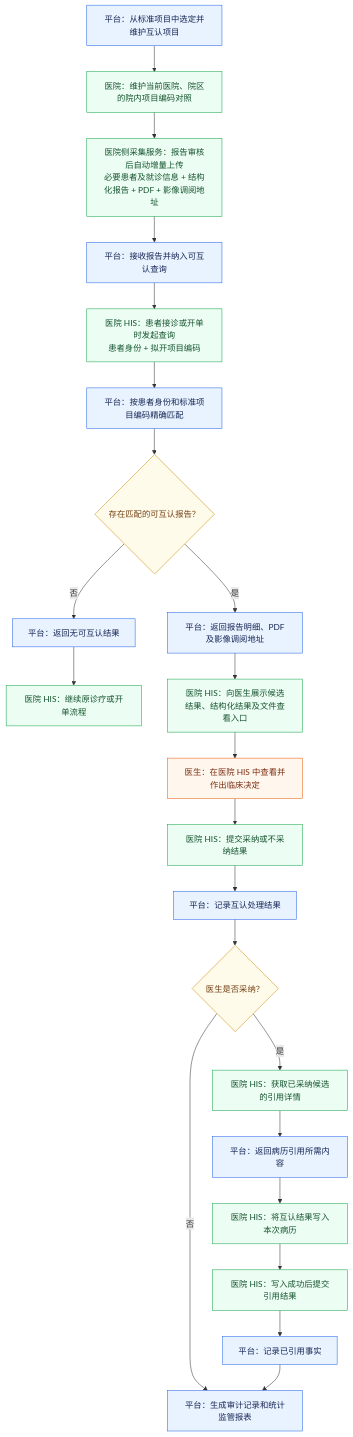
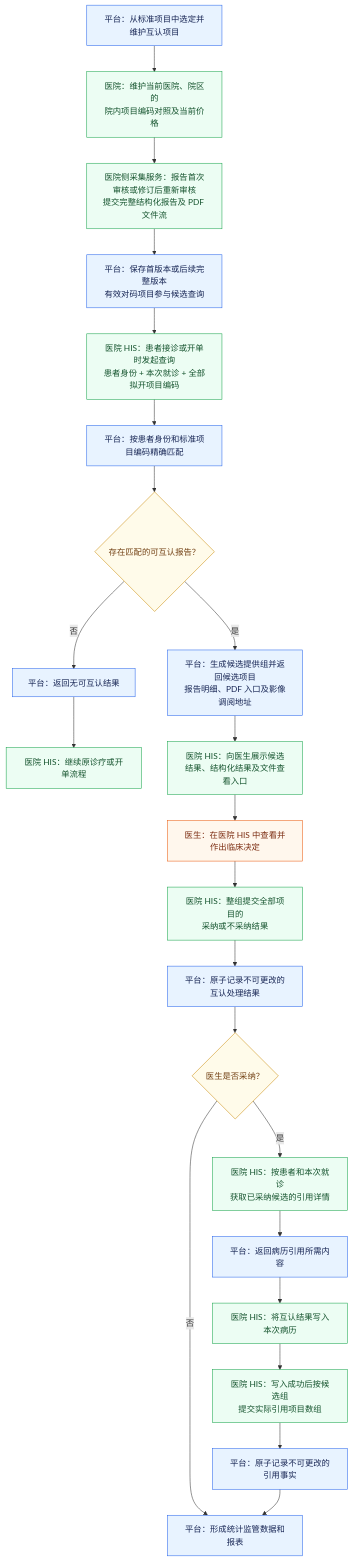
Before and after one commit to taskMain/Lis: the first of 4 diagrams in docs/业务流程图.md, drawn with Mermaid. The commit also changed other lines of this file and 1932 other files, not shown here.

````diff
--- a/docs/业务流程图.md
+++ b/docs/业务流程图.md
@@ -18,40 +18,40 @@
 ```mermaid
 flowchart TD
     P1["平台：从标准项目中选定并维护互认项目"]
-    H2["医院：维护当前医院、院区的院内项目编码对照"]
-    H3["医院侧采集服务：报告审核后自动增量上传<br/>必要患者及就诊信息 + 结构化报告 + PDF + 影像调阅地址"]
-    P5["平台：接收报告并纳入可互认查询"]
-    H5["医院 HIS：患者接诊或开单时发起查询<br/>患者身份 + 拟开项目编码"]
+    H2["医院：维护当前医院、院区的<br/>院内项目编码对照及当前价格"]
+    H3["医院侧采集服务：报告首次审核或修订后重新审核<br/>提交完整结构化报告及 PDF 文件流"]
+    P5["平台：保存首版本或后续完整版本<br/>有效对码项目参与候选查询"]
+    H5["医院 HIS：患者接诊或开单时发起查询<br/>患者身份 + 本次就诊 + 全部拟开项目编码"]
     P11["平台：按患者身份和标准项目编码精确匹配"]
     R3{"存在匹配的可互认报告？"}
     P12["平台：返回无可互认结果"]
     H6["医院 HIS：继续原诊疗或开单流程"]
-    P13["平台：返回报告明细、PDF及影像调阅地址"]
+    P13["平台：生成候选提供组并返回候选项目<br/>报告明细、PDF 入口及影像调阅地址"]
     H7["医院 HIS：向医生展示候选结果、结构化结果及文件查看入口"]
     D1["医生：在医院 HIS 中查看并作出临床决定"]
-    H11["医院 HIS：提交采纳或不采纳结果"]
-    P14["平台：记录互认处理结果"]
+    H11["医院 HIS：整组提交全部项目的<br/>采纳或不采纳结果"]
+    P14["平台：原子记录不可更改的互认处理结果"]
     R4{"医生是否采纳？"}
-    H12["医院 HIS：获取已采纳候选的引用详情"]
+    H12["医院 HIS：按患者和本次就诊<br/>获取已采纳候选的引用详情"]
     P16["平台：返回病历引用所需内容"]
     H13["医院 HIS：将互认结果写入本次病历"]
-    H14["医院 HIS：写入成功后提交引用结果"]
-    P17["平台：记录已引用事实"]
-    P15["平台：生成审计记录和统计监管报表"]
+    H14["医院 HIS：写入成功后按候选组<br/>提交实际引用项目数组"]
+    P17["平台：原子记录不可更改的引用事实"]
+    P15["平台：形成统计监管数据和报表"]
 
     P1 --> H2 --> H3 --> P5 --> H5 --> P11 --> R3
     R3 -- "否" --> P12 --> H6
     R3 -- "是" --> P13 --> H7 --> D1 --> H11 --> P14 --> R4
     R4 -- "否" --> P15
     R4 -- "是" --> H12 --> P16 --> H13 --> H14 --> P17 --> P15
 
     classDef platform fill:#e8f3ff,stroke:#2563eb,color:#172554;
     classDef hospital fill:#ecfdf3,stroke:#16a34a,color:#14532d;
     classDef doctor fill:#fff7ed,stroke:#ea580c,color:#7c2d12;
     classDef decision fill:#fffbea,stroke:#ca8a04,color:#713f12;
 
     class P1,P5,P11,P12,P13,P14,P15,P16,P17 platform;
     class H2,H3,H5,H6,H7,H11,H12,H13,H14 hospital;
     class D1 doctor;
     class R3,R4 decision;
 ```
````
